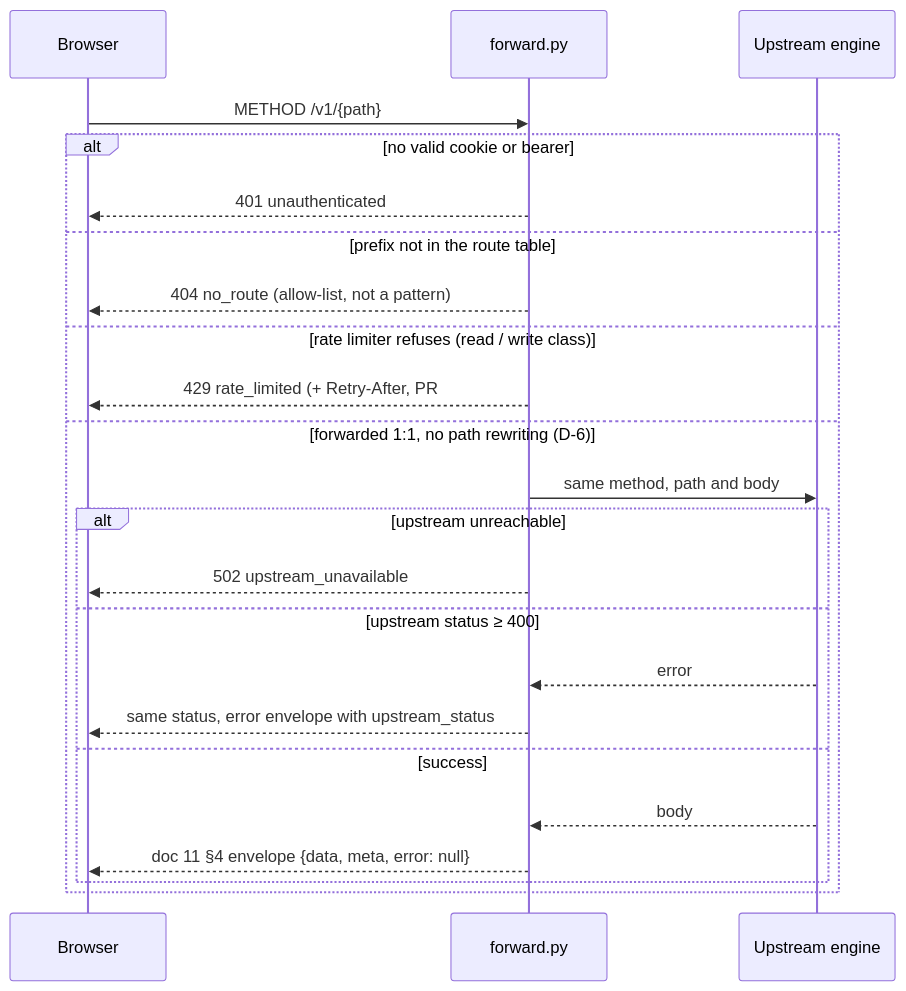
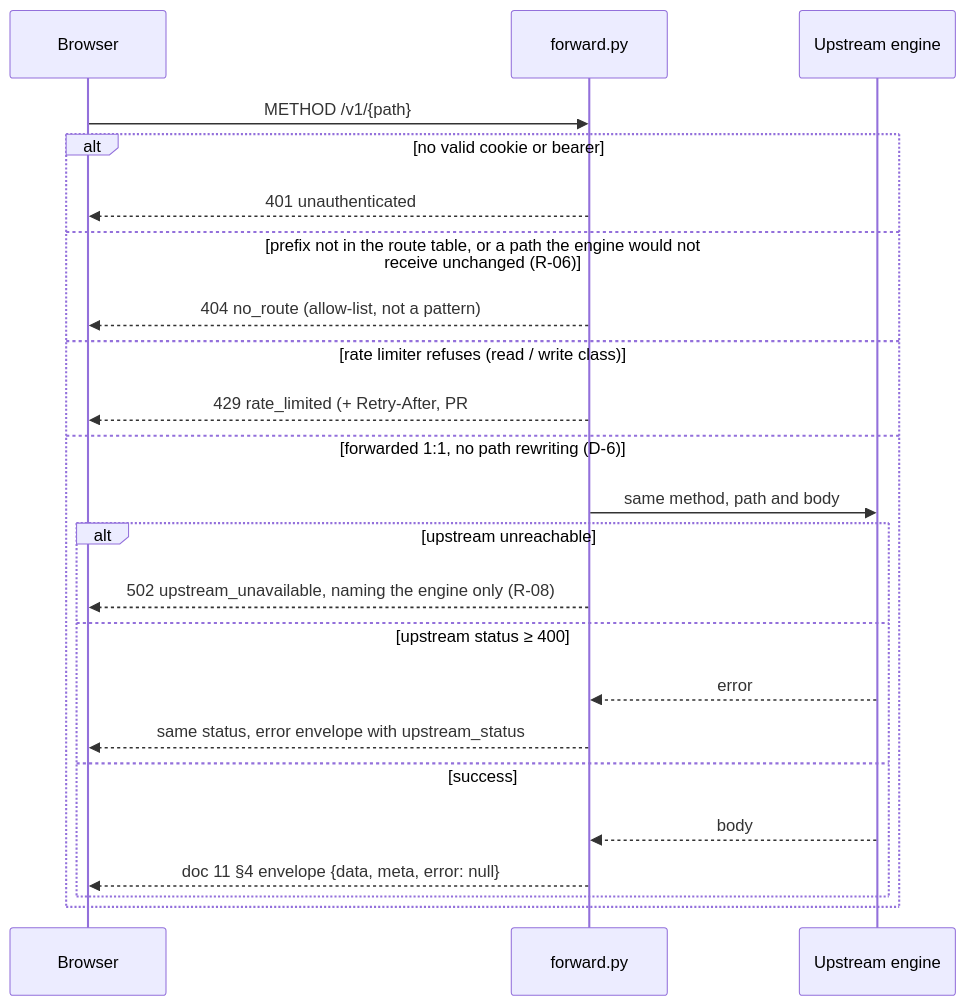
Before and after one commit to Tudor191/NOVA-PROJECT-BIBLE: the seventh of 18 diagrams in docs/design/phase-4/14-subsystem-flows-and-components.md, drawn with Mermaid. The commit also changed other lines of this file and 2 other files, not shown here.

````diff
--- a/docs/design/phase-4/14-subsystem-flows-and-components.md
+++ b/docs/design/phase-4/14-subsystem-flows-and-components.md
@@ -197,25 +221,25 @@
 ```mermaid
 sequenceDiagram
   participant B as Browser
   participant F as forward.py
   participant U as Upstream engine
   B->>F: METHOD /v1/{path}
   alt no valid cookie or bearer
     F-->>B: 401 unauthenticated
-  else prefix not in the route table
+  else prefix not in the route table, or a path the engine would not receive unchanged (R-06)
     F-->>B: 404 no_route (allow-list, not a pattern)
   else rate limiter refuses (read / write class)
-    F-->>B: 429 rate_limited (+ Retry-After, PR #43, not merged)
+    F-->>B: 429 rate_limited (+ Retry-After, PR #43, merged)
   else forwarded 1:1, no path rewriting (D-6)
     F->>U: same method, path and body
     alt upstream unreachable
-      F-->>B: 502 upstream_unavailable
+      F-->>B: 502 upstream_unavailable, naming the engine only (R-08)
     else upstream status ≥ 400
       U-->>F: error
       F-->>B: same status, error envelope with upstream_status
     else success
       U-->>F: body
       F-->>B: doc 11 §4 envelope {data, meta, error: null}
     end
   end
 ```
````
